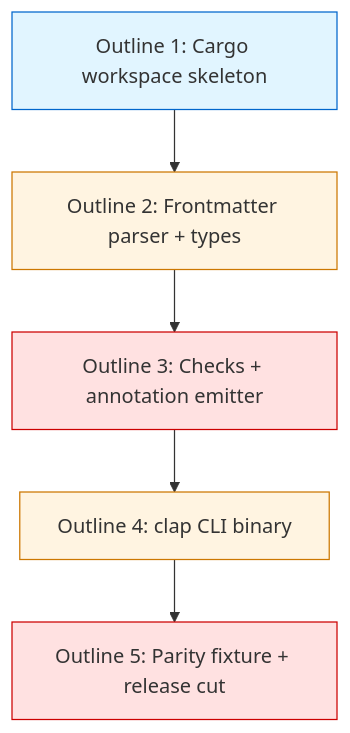
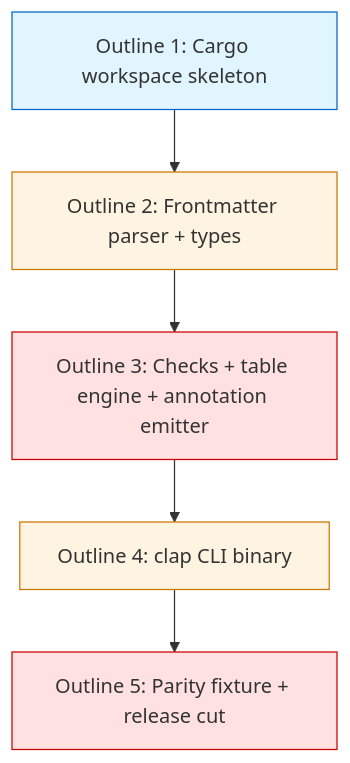
One commit to tsukumogami/shirabe changed the diagram in docs/plans/PLAN-shirabe-cli-rust-rewrite.md. Above: the diagram before and after it, drawn with Mermaid. The commit also changed other lines of this file, not shown here.

First line of the commit message:
docs(plan): expand Outline 3 scope for the #134 issues-table surface

````diff
--- a/docs/plans/PLAN-shirabe-cli-rust-rewrite.md
+++ b/docs/plans/PLAN-shirabe-cli-rust-rewrite.md
@@ -224,17 +252,17 @@
 ```mermaid
 graph TD
     O1["Outline 1: Cargo workspace skeleton"]
     O2["Outline 2: Frontmatter parser + types"]
-    O3["Outline 3: Checks + annotation emitter"]
+    O3["Outline 3: Checks + table engine + annotation emitter"]
     O4["Outline 4: clap CLI binary"]
     O5["Outline 5: Parity fixture + release cut"]
 
     O1 --> O2 --> O3 --> O4 --> O5
 
     classDef simple fill:#e1f5ff,stroke:#0066cc
     classDef testable fill:#fff4e1,stroke:#cc7700
     classDef critical fill:#ffe1e1,stroke:#cc0000
     class O1 simple
     class O2,O4 testable
     class O3,O5 critical
 ```
````
